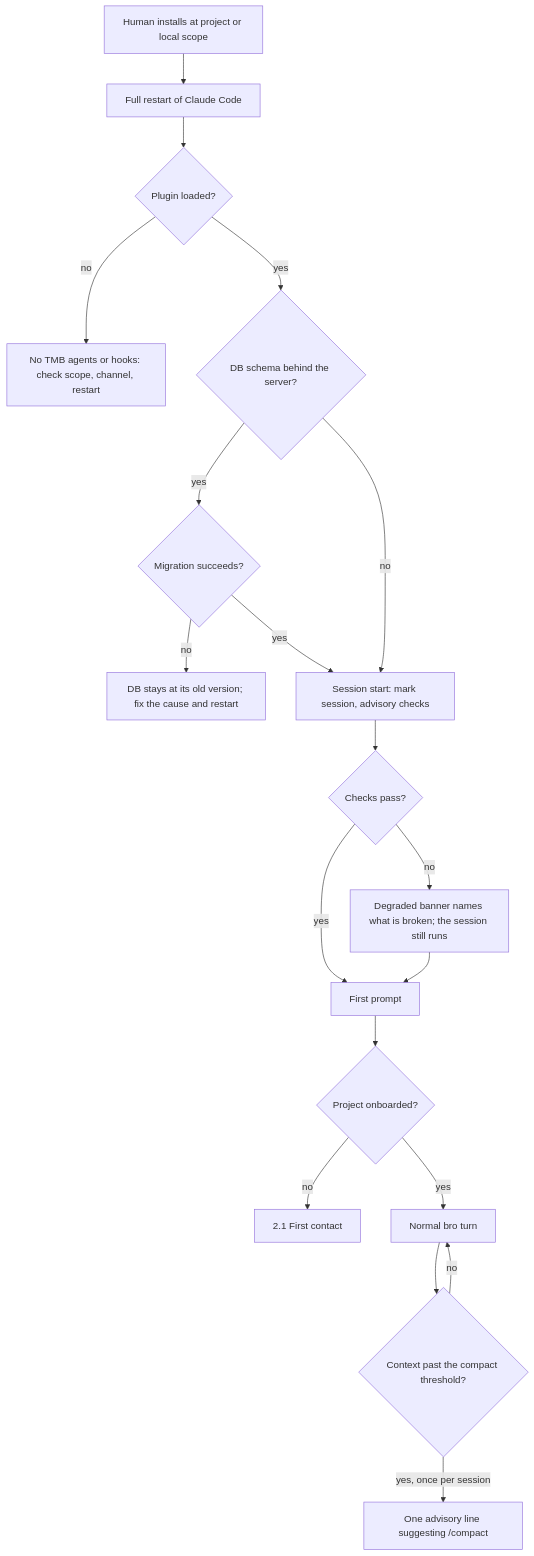
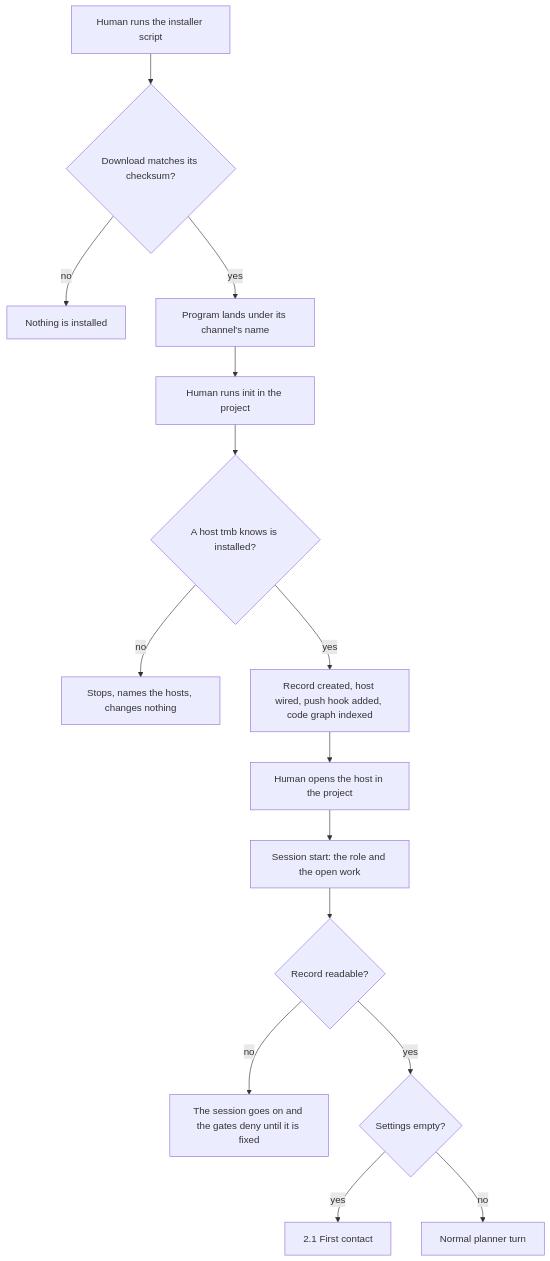
Before and after one commit to trustmybot/tmb: the first of 3 diagrams in docs/architecture/INSTALL.md, drawn with Mermaid. The commit also changed other lines of this file and 38 other files, not shown here.

First line of the commit message:
📝 docs: fit the plugin's docs tree to tmb

````diff
--- a/docs/architecture/INSTALL.md
+++ b/docs/architecture/INSTALL.md
@@ -5,21 +7,17 @@
 ```mermaid
 flowchart TD
-    A[Human installs at project or local scope] --> B[Full restart of Claude Code]
-    B --> C{Plugin loaded?}
-    C -- no --> X1[No TMB agents or hooks: check scope, channel, restart]
-    C -- yes --> M{DB schema behind the server?}
-    M -- yes --> N{Migration succeeds?}
-    N -- no --> X3[DB stays at its old version; fix the cause and restart]
-    N -- yes --> D
-    M -- no --> D[Session start: mark session, advisory checks]
-    D --> E{Checks pass?}
-    E -- no --> X2[Degraded banner names what is broken; the session still runs]
-    E -- yes --> F[First prompt]
-    X2 --> F
-    F --> G{Project onboarded?}
-    G -- no --> H[2.1 First contact]
-    G -- yes --> I[Normal bro turn]
-    I --> J{Context past the compact threshold?}
-    J -- yes, once per session --> K[One advisory line suggesting /compact]
-    J -- no --> I
+    A[Human runs the installer script] --> B{Download matches its checksum?}
+    B -- no --> X1[Nothing is installed]
+    B -- yes --> C[Program lands under its channel's name]
+    C --> D[Human runs init in the project]
+    D --> E{A host tmb knows is installed?}
+    E -- no --> X2[Stops, names the hosts, changes nothing]
+    E -- yes --> F[Record created, host wired, push hook added, code graph indexed]
+    F --> G[Human opens the host in the project]
+    G --> H[Session start: the role and the open work]
+    H --> I{Record readable?}
+    I -- no --> X3[The session goes on and the gates deny until it is fixed]
+    I -- yes --> J{Settings empty?}
+    J -- yes --> K[2.1 First contact]
+    J -- no --> L[Normal planner turn]
 ```
````
